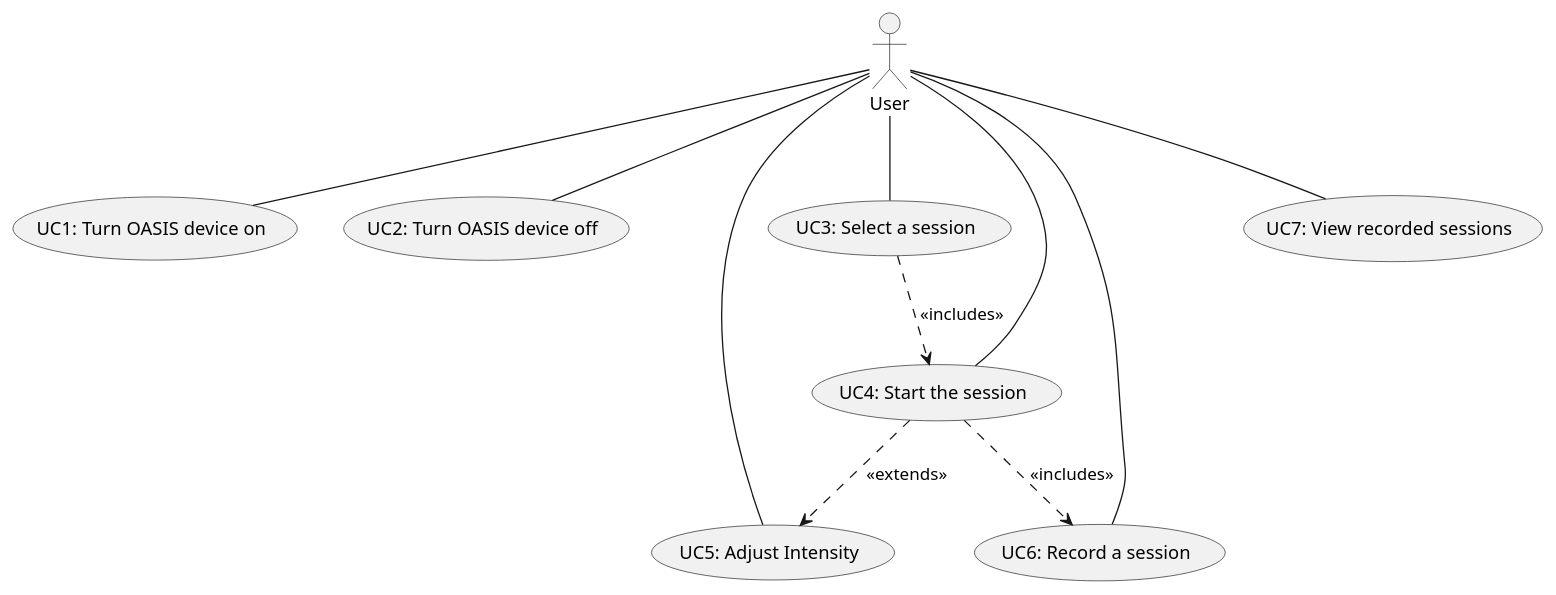
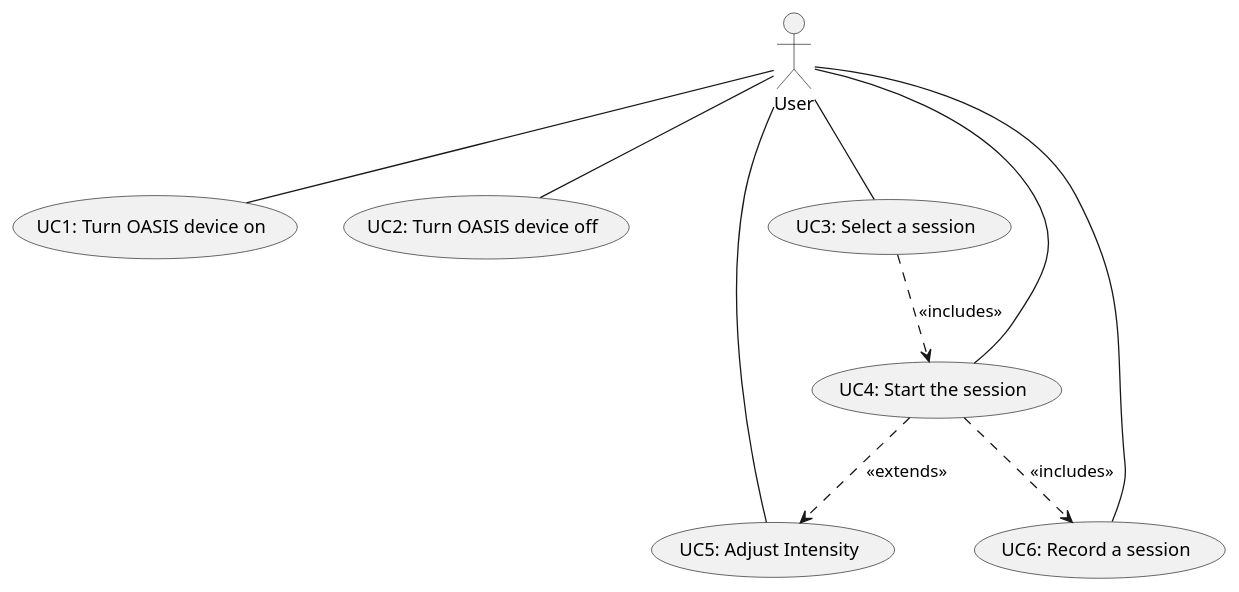
Before and after one commit to alejita11011/CES-Simulator: the diagram in design/use-case-diagram.plantuml, drawn with PlantUML. The commit also changed 1 other file, not shown here.

Commit message:
Updated use case diagram

```diff
--- a/design/use-case-diagram.plantuml
+++ b/design/use-case-diagram.plantuml
@@ -1,14 +1,13 @@
 @startuml use-case-diagram
 
 :User: -- (UC1: Turn OASIS device on)
 :User: -- (UC2: Turn OASIS device off)
 :User: -- (UC3: Select a session)
 :User: -- (UC4: Start the session) 
 (UC3: Select a session) ..> (UC4: Start the session): <<includes>>
 (UC4: Start the session) ..> (UC5: Adjust Intensity): <<extends>>
 :User: -- (UC5: Adjust Intensity)
 :User: -- (UC6: Record a session)
 (UC4: Start the session) ..> (UC6: Record a session): <<includes>>
-:User: -- (UC7: View recorded sessions)
 
 @enduml
```
